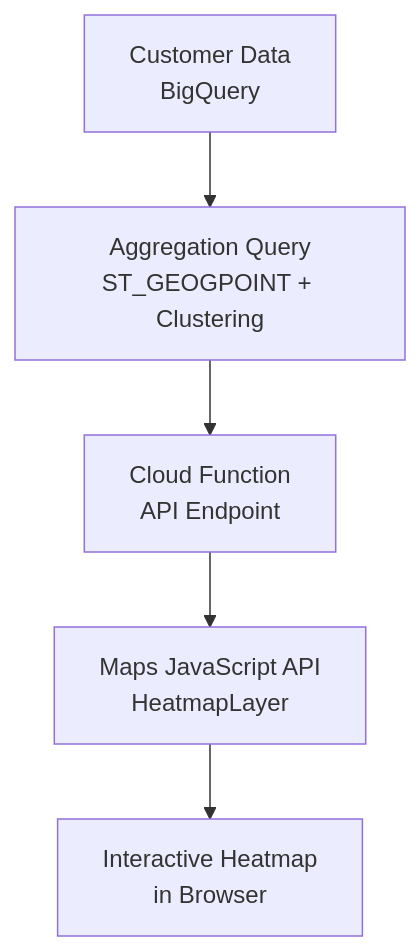
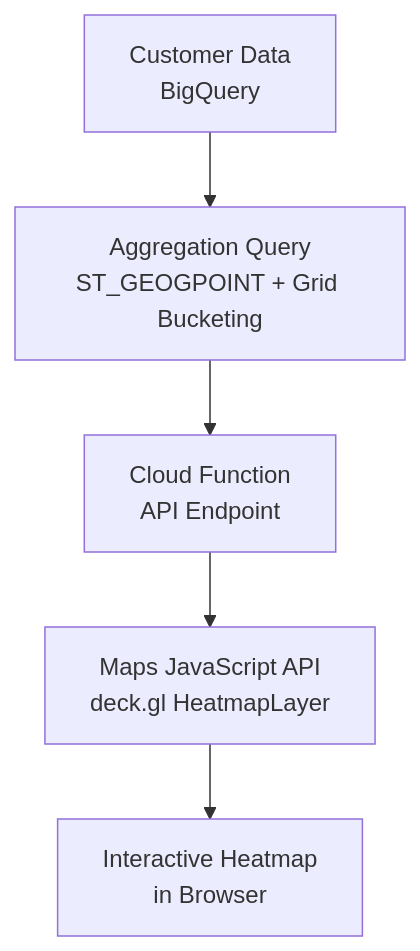
The diagram in posts/2026-02-17-how-to-build-a-heatmap-of-customer-locations-with-google-maps-platform-and-bigquery-gis/README.md (OneUptime/blog), drawn with Mermaid before and after one commit. The commit also changed other lines of this file and 2 other files, not shown here.

Commit message:
validate: 2026-02-17-how-to-build-a-heatmap-of-customer-locations-with-google-maps-platform-and-bigquery-gis

````diff
--- a/posts/2026-02-17-how-to-build-a-heatmap-of-customer-locations-with-google-maps-platform-and-bigquery-gis/README.md
+++ b/posts/2026-02-17-how-to-build-a-heatmap-of-customer-locations-with-google-maps-platform-and-bigquery-gis/README.md
@@ -22,7 +22,7 @@
 ```mermaid
 graph TD
-    A[Customer Data<br/>BigQuery] --> B[Aggregation Query<br/>ST_GEOGPOINT + Clustering]
+    A[Customer Data<br/>BigQuery] --> B[Aggregation Query<br/>ST_GEOGPOINT + Grid Bucketing]
     B --> C[Cloud Function<br/>API Endpoint]
-    C --> D[Maps JavaScript API<br/>HeatmapLayer]
+    C --> D[Maps JavaScript API<br/>deck.gl HeatmapLayer]
     D --> E[Interactive Heatmap<br/>in Browser]
 ```
````
